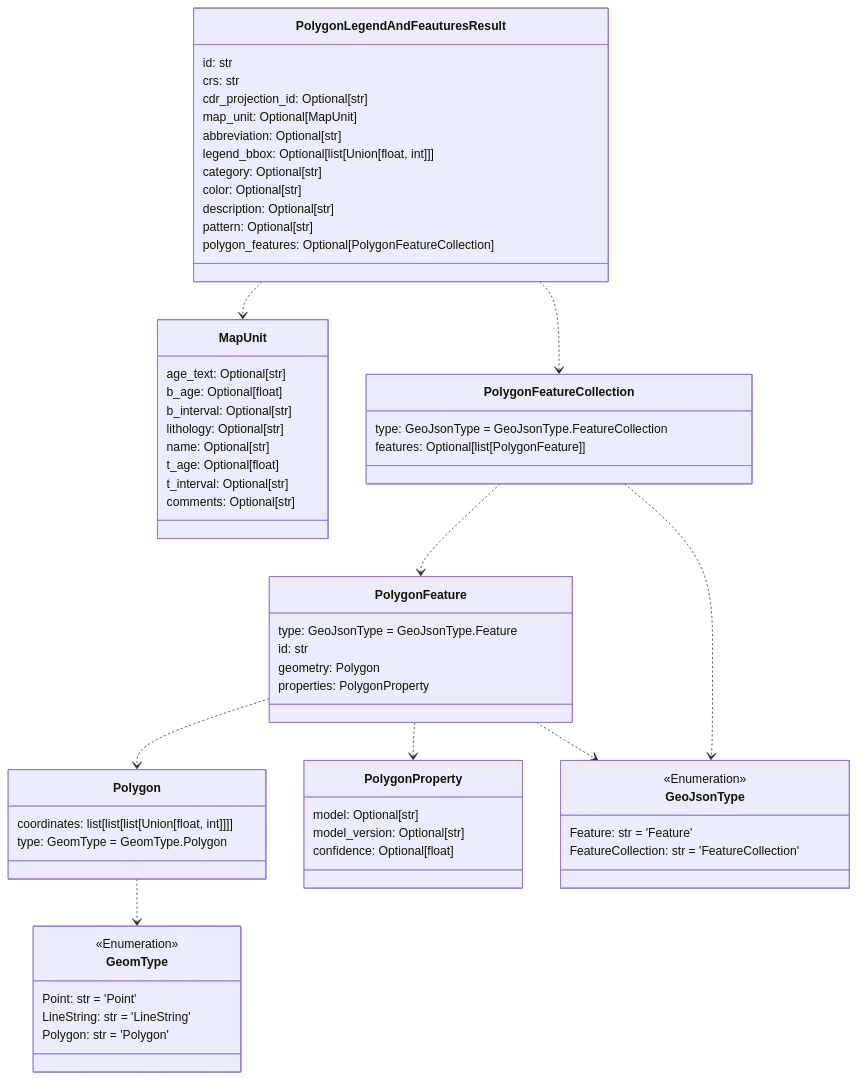
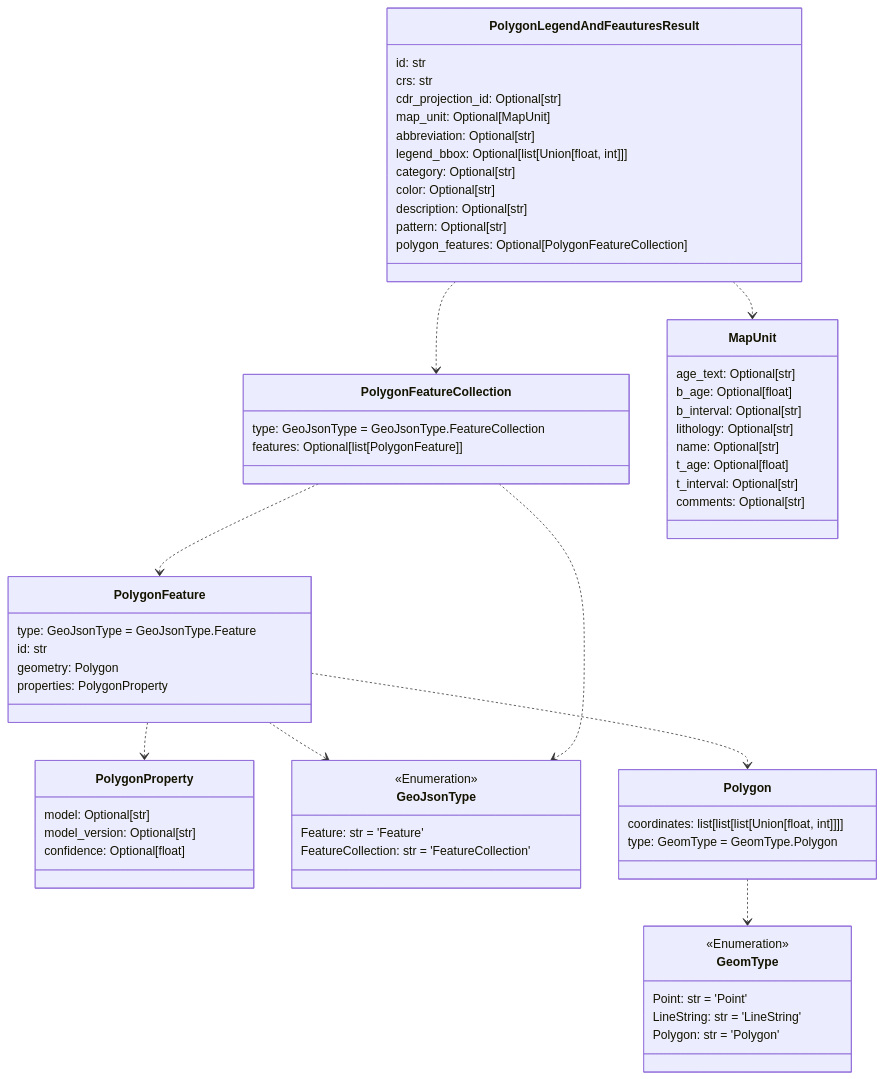
Before and after one commit to DARPA-CRITICALMAAS/cdr_schemas: the seventh of 12 diagrams in README.md, drawn with Mermaid. The commit also changed other lines of this file and 1 other file, not shown here.

````diff
--- a/README.md
+++ b/README.md
@@ -425,75 +472,75 @@
 ```mermaid
 classDiagram
-
-    class GeoJsonType {
-        <<Enumeration>>
-        Feature: str = 'Feature'
-        FeatureCollection: str = 'FeatureCollection'
-    }
 
     class PolygonProperty {
         model: Optional[str]
         model_version: Optional[str]
         confidence: Optional[float]
-    }
-
-    class PolygonFeature {
-        type: GeoJsonType = GeoJsonType.Feature
-        id: str
-        geometry: Polygon
-        properties: PolygonProperty
-    }
-
-    class PolygonFeatureCollection {
-        type: GeoJsonType = GeoJsonType.FeatureCollection
-        features: Optional[list[PolygonFeature]]
-    }
-
-    class Polygon {
-        coordinates: list[list[list[Union[float, int]]]]
-        type: GeomType = GeomType.Polygon
-    }
-
-    class MapUnit {
-        age_text: Optional[str]
-        b_age: Optional[float]
-        b_interval: Optional[str]
-        lithology: Optional[str]
-        name: Optional[str]
-        t_age: Optional[float]
-        t_interval: Optional[str]
-        comments: Optional[str]
-    }
-
-    class GeomType {
-        <<Enumeration>>
-        Point: str = 'Point'
-        LineString: str = 'LineString'
-        Polygon: str = 'Polygon'
     }
 
     class PolygonLegendAndFeauturesResult {
         id: str
         crs: str
         cdr_projection_id: Optional[str]
         map_unit: Optional[MapUnit]
         abbreviation: Optional[str]
         legend_bbox: Optional[list[Union[float, int]]]
         category: Optional[str]
         color: Optional[str]
         description: Optional[str]
         pattern: Optional[str]
         polygon_features: Optional[PolygonFeatureCollection]
     }
 
+    class GeoJsonType {
+        <<Enumeration>>
+        Feature: str = 'Feature'
+        FeatureCollection: str = 'FeatureCollection'
+    }
+
+    class Polygon {
+        coordinates: list[list[list[Union[float, int]]]]
+        type: GeomType = GeomType.Polygon
+    }
+
+    class PolygonFeatureCollection {
+        type: GeoJsonType = GeoJsonType.FeatureCollection
+        features: Optional[list[PolygonFeature]]
+    }
+
+    class GeomType {
+        <<Enumeration>>
+        Point: str = 'Point'
+        LineString: str = 'LineString'
+        Polygon: str = 'Polygon'
+    }
+
+    class PolygonFeature {
+        type: GeoJsonType = GeoJsonType.Feature
+        id: str
+        geometry: Polygon
+        properties: PolygonProperty
+    }
+
+    class MapUnit {
+        age_text: Optional[str]
+        b_age: Optional[float]
+        b_interval: Optional[str]
+        lithology: Optional[str]
+        name: Optional[str]
+        t_age: Optional[float]
+        t_interval: Optional[str]
+        comments: Optional[str]
+    }
+
     Polygon ..> GeomType
     PolygonFeature ..> Polygon
+    PolygonFeature ..> GeoJsonType
     PolygonFeature ..> PolygonProperty
-    PolygonFeature ..> GeoJsonType
     PolygonFeatureCollection ..> PolygonFeature
     PolygonFeatureCollection ..> GeoJsonType
+    PolygonLegendAndFeauturesResult ..> PolygonFeatureCollection
     PolygonLegendAndFeauturesResult ..> MapUnit
-    PolygonLegendAndFeauturesResult ..> PolygonFeatureCollection
 
 
 ```
````
